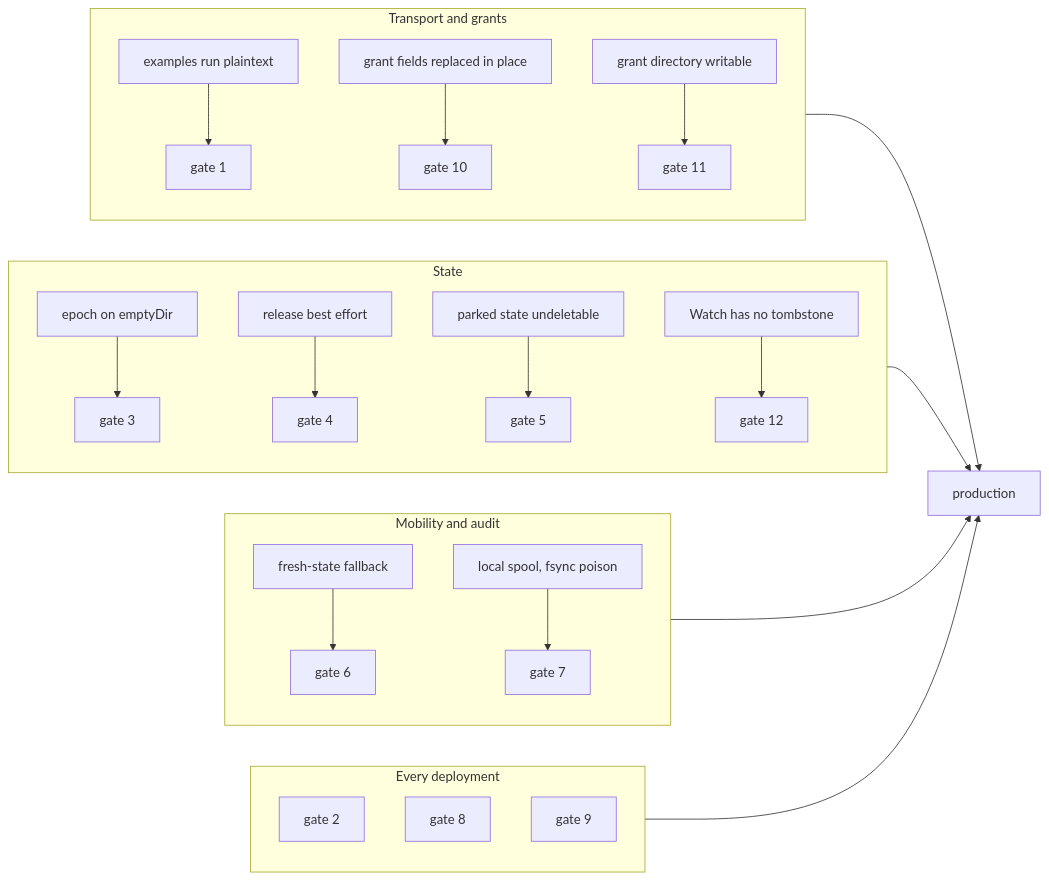
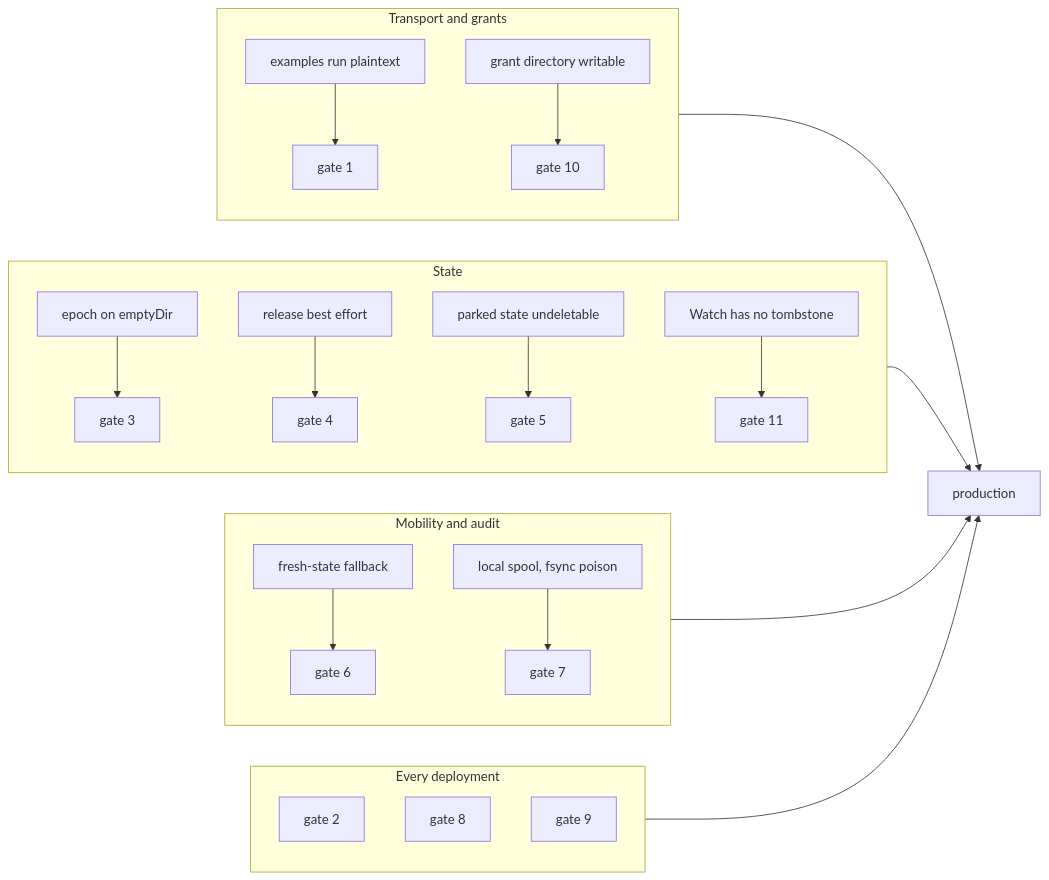
Before and after one commit to helayoty/fiberd: the diagram in docs/design/readiness.md, drawn with Mermaid. The commit also changed other lines of this file and 8 other files, not shown here.

````diff
--- a/docs/design/readiness.md
+++ b/docs/design/readiness.md
@@ -11,24 +11,23 @@
 ```mermaid
 flowchart LR
   subgraph T[Transport and grants]
     P[examples run plaintext] --> G1[gate 1]
-    GF[grant fields replaced in place] --> G10[gate 10]
-    LD[grant directory writable] --> G11[gate 11]
+    LD[grant directory writable] --> G10[gate 10]
   end
   subgraph S[State]
     E[epoch on emptyDir] --> G3[gate 3]
     R[release best effort] --> G4[gate 4]
     D[parked state undeletable] --> G5[gate 5]
-    W[Watch has no tombstone] --> G12[gate 12]
+    W[Watch has no tombstone] --> G11[gate 11]
   end
   subgraph M[Mobility and audit]
     C[fresh-state fallback] --> G6[gate 6]
     A[local spool, fsync poison] --> G7[gate 7]
   end
   subgraph X[Every deployment]
     G2[gate 2]
     G8[gate 8]
     G9[gate 9]
   end
   T & S & M & X --> OK[production]
 ```
````
